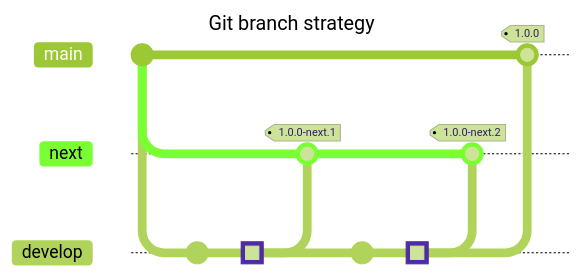
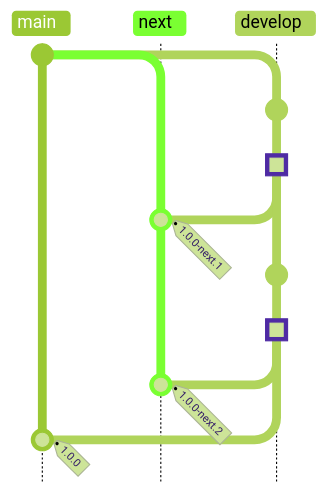
The second of 2 diagrams in docs/web/git/index.md (jl917/jl917.github.io), drawn with Mermaid (forest theme) before and after one commit. The commit also changed other lines of this file and 3 other files, not shown here. Commit ids are hidden.

````diff
--- a/docs/web/git/index.md
+++ b/docs/web/git/index.md
@@ -43,20 +44,17 @@
 ```mermaid
----
-title: Git branch strategy
----
-gitGraph
+gitGraph TB:
    commit
    branch next
    branch develop
    commit
    commit id: "dev done" type: HIGHLIGHT
    checkout next
    merge develop tag: "1.0.0-next.1"
    checkout develop
    commit
    commit id: "next done" type: HIGHLIGHT
    checkout next
    merge develop tag: "1.0.0-next.2"
    checkout main
    merge develop tag: "1.0.0"
 ```
````
